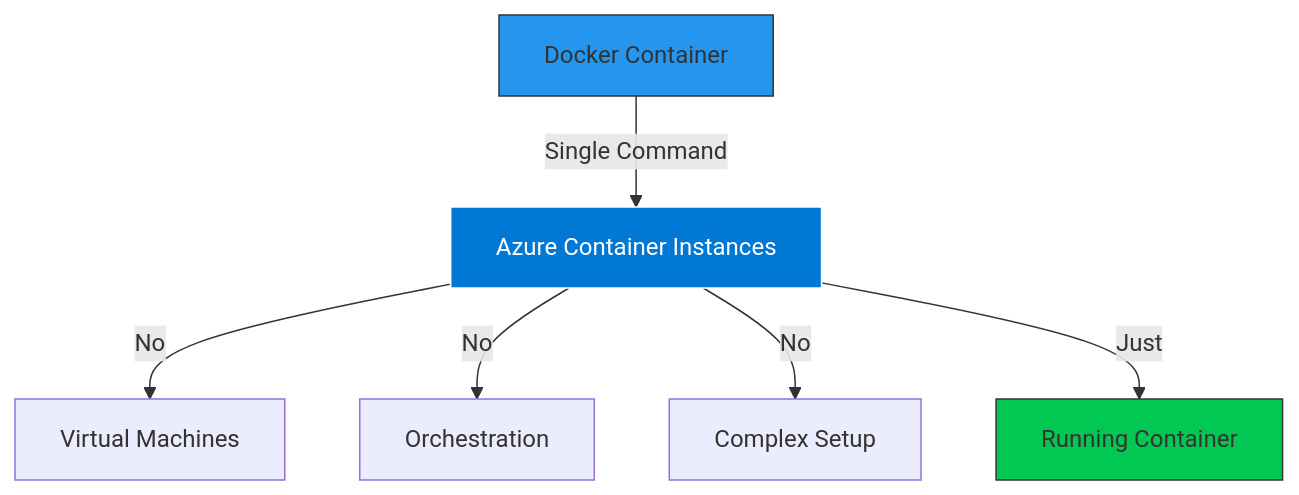
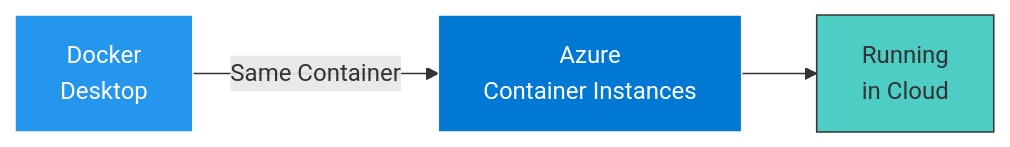
Before and after one commit to sixeyed/azure-az204: the diagram in slides/aci/002.md, drawn with Mermaid. The commit also changed other lines of this file and 452 other files, not shown here.

````diff
--- a/slides/aci/002.md
+++ b/slides/aci/002.md
@@ -7,14 +9,9 @@
 ```mermaid
-graph TB
-    Container[Docker Container] -->|Single Command| ACI[Azure Container Instances]
+graph LR
+    Local[Docker<br/>Desktop] -->|Same Container| ACI[Azure<br/>Container Instances]
+    ACI --> Run[Running<br/>in Cloud]
 
-    ACI -->|No| VM[Virtual Machines]
-    ACI -->|No| Cluster[Orchestration]
-    ACI -->|No| Config[Complex Setup]
-
-    ACI -->|Just| Run[Running Container]
-
-    style Container fill:#2496ed,stroke:#333
+    style Local fill:#2496ed,stroke:#fff,color:#fff
     style ACI fill:#0078d4,stroke:#fff,color:#fff
-    style Run fill:#00c853,stroke:#333
+    style Run fill:#4ecdc4,stroke:#333
 ```
````
